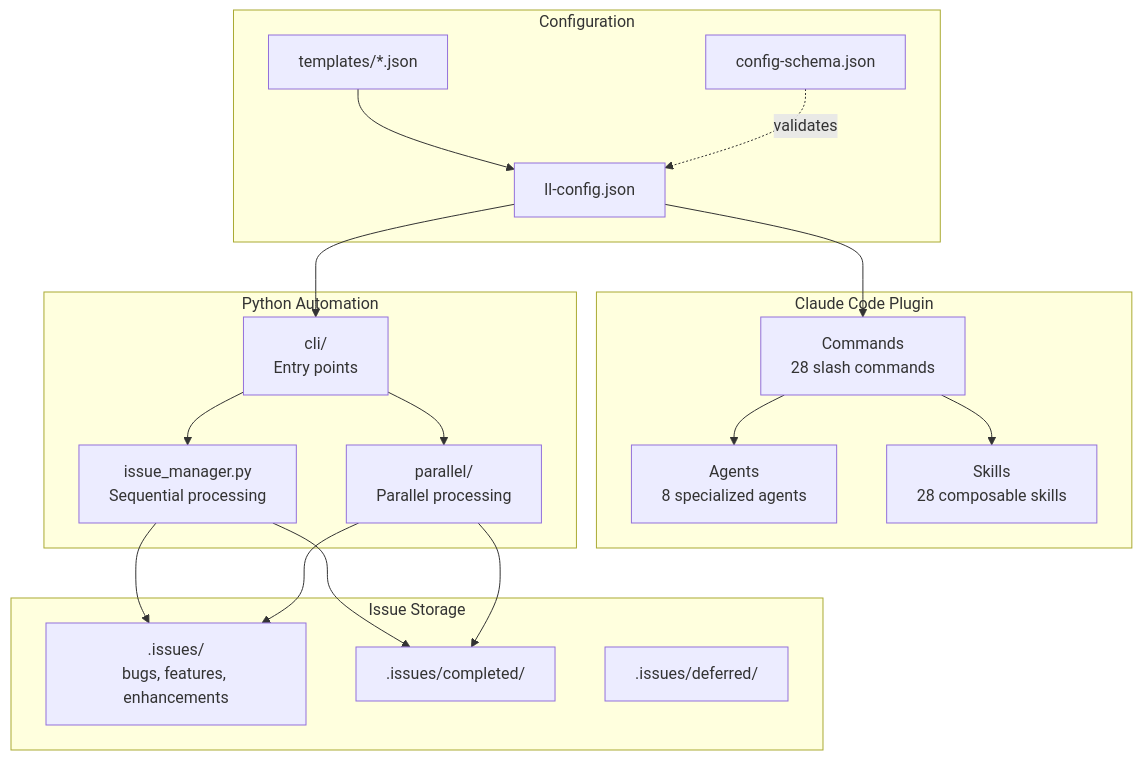
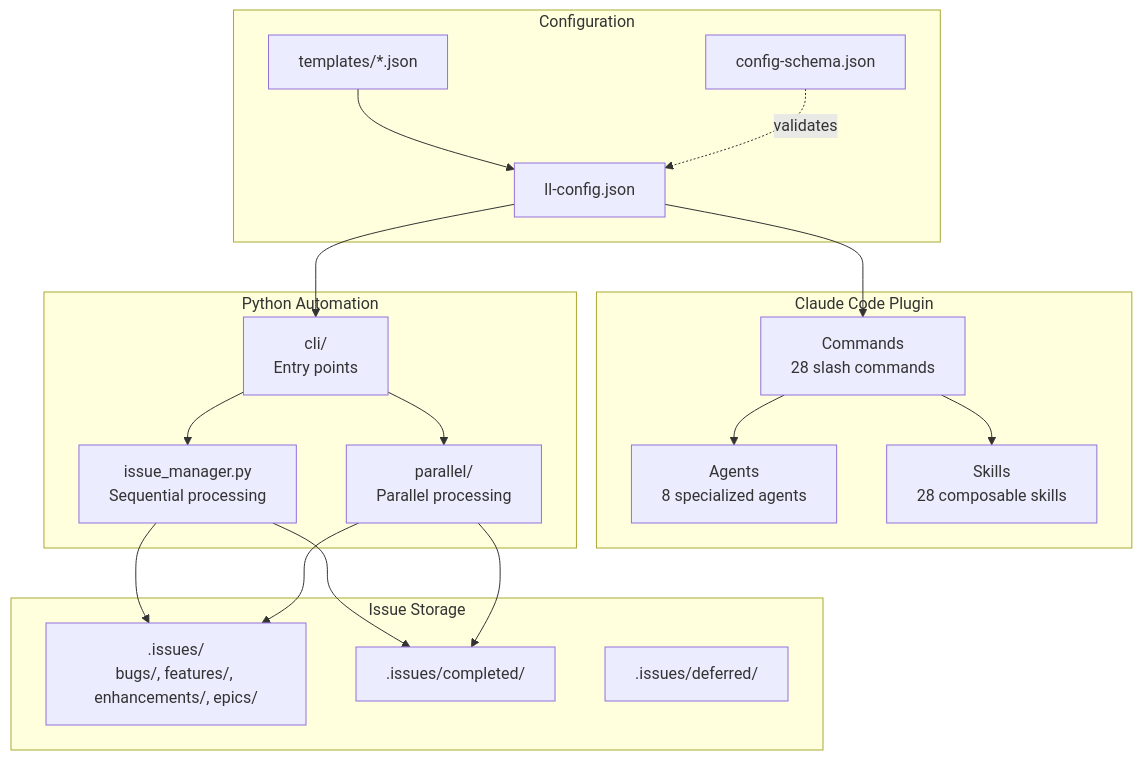
The first of 13 diagrams in docs/ARCHITECTURE.md (BrennonTWilliams/little-loops), drawn with Mermaid before and after one commit. The commit also changed 51 other files, not shown here.

````diff
--- a/docs/ARCHITECTURE.md
+++ b/docs/ARCHITECTURE.md
@@ -21,39 +21,39 @@
 ```mermaid
 flowchart TB
     subgraph "Claude Code Plugin"
         CMD[Commands<br/>28 slash commands]
         AGT[Agents<br/>8 specialized agents]
         SKL[Skills<br/>28 composable skills]
     end
 
     subgraph "Configuration"
         CFG[ll-config.json]
         SCHEMA[config-schema.json]
         TPL[templates/*.json]
     end
 
     subgraph "Python Automation"
         CLI[cli/<br/>Entry points]
         AUTO[issue_manager.py<br/>Sequential processing]
         PARALLEL[parallel/<br/>Parallel processing]
     end
 
     subgraph "Issue Storage"
-        ISSUES[.issues/<br/>bugs, features, enhancements]
+        ISSUES[.issues/<br/>bugs/, features/, enhancements/, epics/]
         COMPLETED[.issues/completed/]
         DEFERRED[.issues/deferred/]
     end
 
     CFG --> CMD
     TPL --> CFG
     SCHEMA -.->|validates| CFG
     CFG --> CLI
     CMD --> AGT
     CMD --> SKL
     CLI --> AUTO
     CLI --> PARALLEL
     AUTO --> ISSUES
     PARALLEL --> ISSUES
     AUTO --> COMPLETED
     PARALLEL --> COMPLETED
 ```
````
